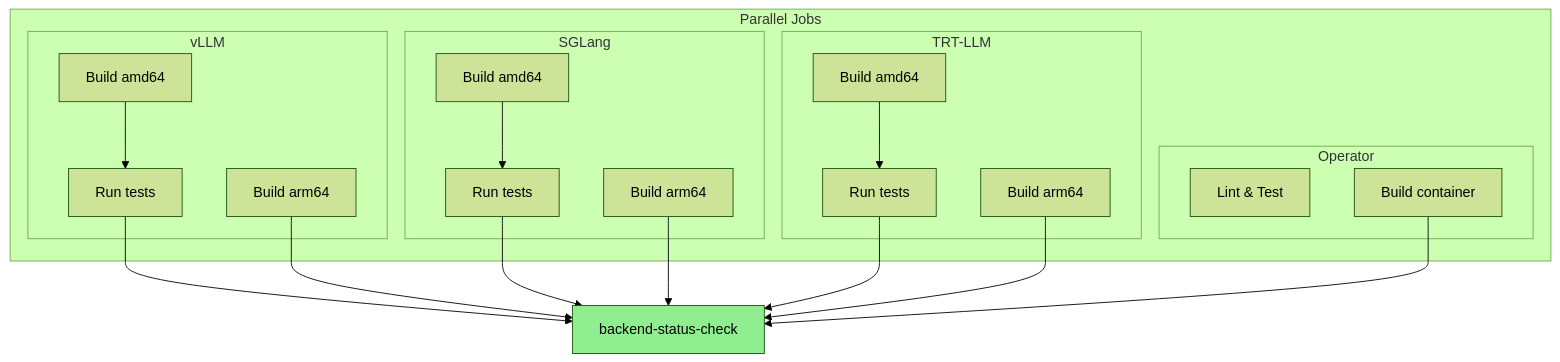
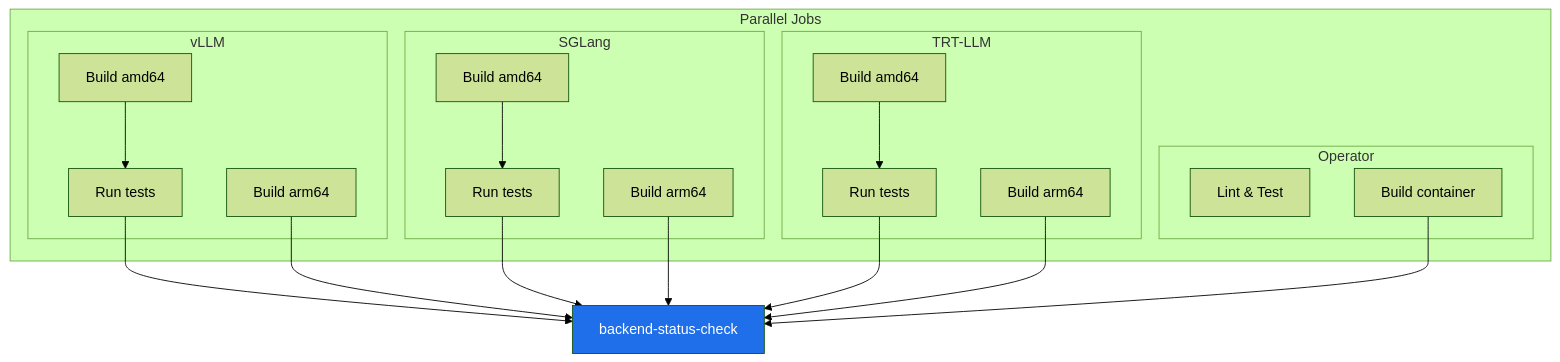
One commit to ai-dynamo/dynamo changed the third of 5 diagrams in .github/PR_WORKFLOW.md. Above: the diagram before and after it, drawn with Mermaid (forest theme). The commit also changed other lines of this file, not shown here.

````diff
--- a/.github/PR_WORKFLOW.md
+++ b/.github/PR_WORKFLOW.md
@@ -155,28 +154,28 @@
 ```mermaid
 flowchart TD
     subgraph Parallel["Parallel Jobs"]
         subgraph vLLM["vLLM"]
             V1[Build amd64] --> V2[Run tests]
             V3[Build arm64]
         end
         
         subgraph SGLang["SGLang"]
             S1[Build amd64] --> S2[Run tests]
             S3[Build arm64]
         end
         
         subgraph TRT["TRT-LLM"]
             T1[Build amd64] --> T2[Run tests]
             T3[Build arm64]
         end
         
         subgraph Operator["Operator"]
             O1[Lint & Test]
             O2[Build container]
         end
     end
     
     V2 & V3 & S2 & S3 & T2 & T3 & O2 --> Check[backend-status-check]
     
-    style Check fill:#90EE90
+    style Check fill:#1f6feb,color:#fff
 ```
````
